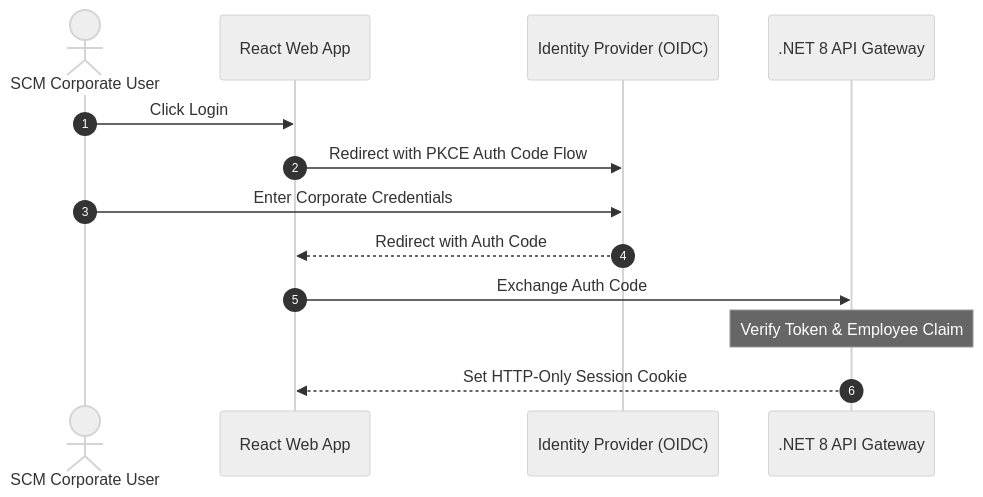
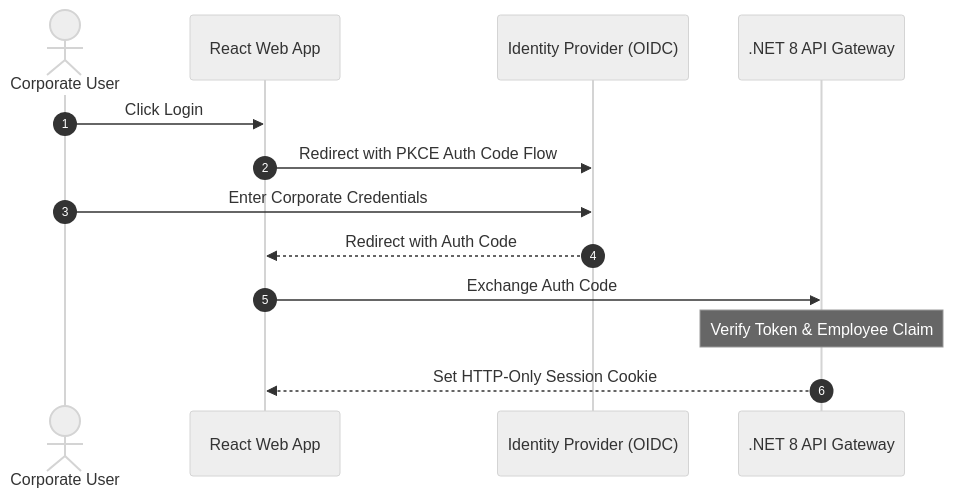
Before and after one commit to beyondnetcode/ums: the diagram in src/ums-workspace/docs/en/01-requirements/functional-stories/fs-01-user-authentication.md, drawn with Mermaid (neutral theme). The commit also changed other lines of this file and 132 other files, not shown here.

````diff
--- a/src/ums-workspace/docs/en/01-requirements/functional-stories/fs-01-user-authentication.md
+++ b/src/ums-workspace/docs/en/01-requirements/functional-stories/fs-01-user-authentication.md
@@ -20,16 +20,16 @@
 ```mermaid
 sequenceDiagram
     autonumber
-    actor User as SCM Corporate User
+    actor User as Corporate User
     participant Web as React Web App
     participant IdP as Identity Provider (OIDC)
     participant API as .NET 8 API Gateway
 
     User->>Web: Click Login
     Web->>IdP: Redirect with PKCE Auth Code Flow
     User->>IdP: Enter Corporate Credentials
     IdP-->>Web: Redirect with Auth Code
     Web->>API: Exchange Auth Code
     Note over API: Verify Token & Employee Claim
     API-->>Web: Set HTTP-Only Session Cookie
 ```
````
